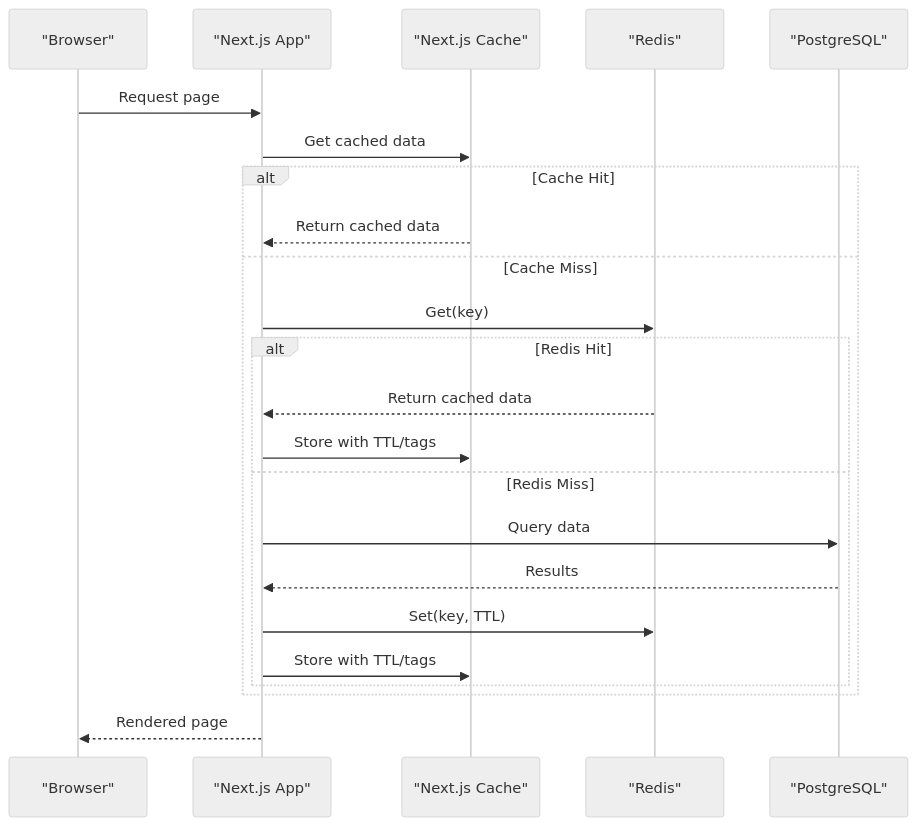
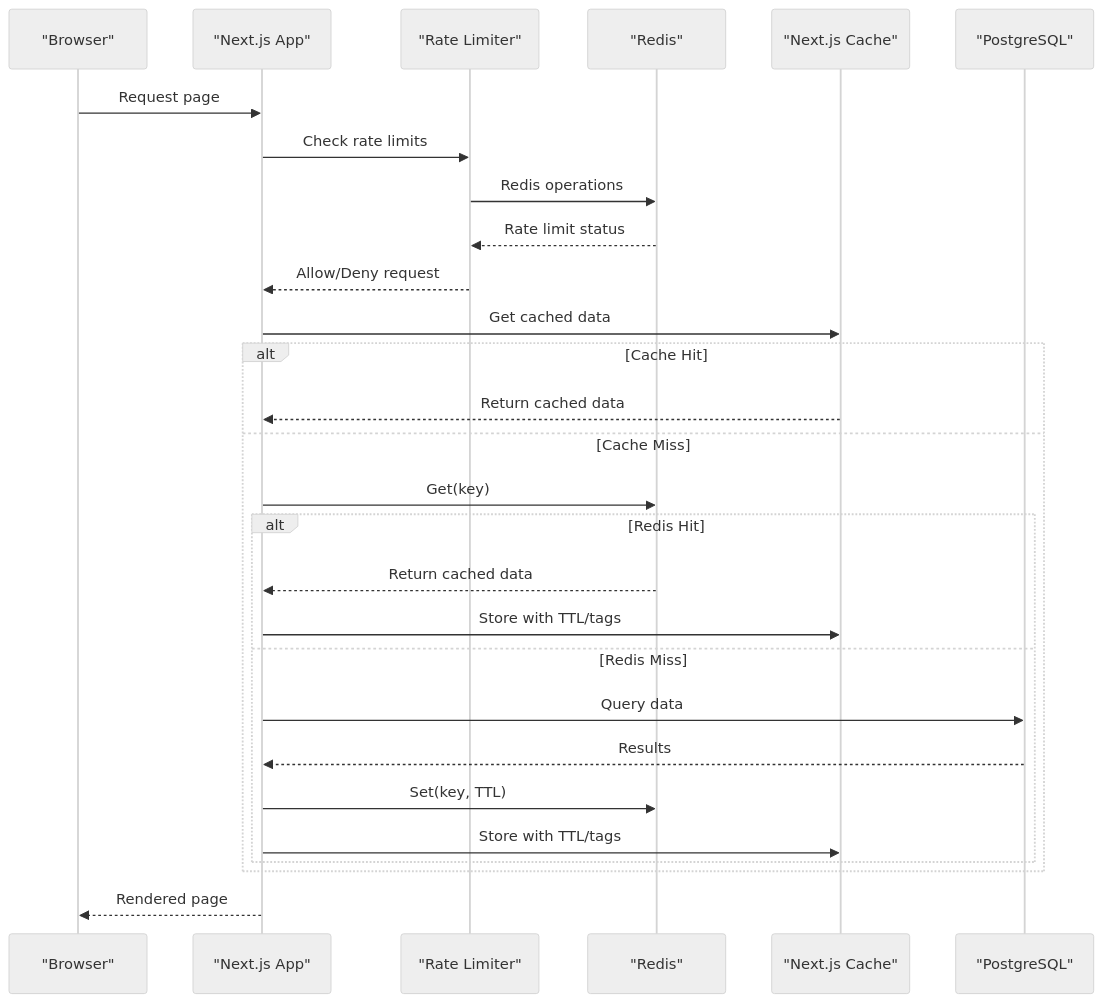
One commit to ecryptoguru/lyraalpha changed the second of 6 diagrams in .qoder/repowiki/en/content/Data Management/Data Management.md. Above: the diagram before and after it, drawn with Mermaid (neutral theme). The commit also changed other lines of this file and 95 other files, not shown here.

````diff
--- a/.qoder/repowiki/en/content/Data Management/Data Management.md
+++ b/.qoder/repowiki/en/content/Data Management/Data Management.md
@@ -96,25 +130,30 @@
 ```mermaid
 sequenceDiagram
 participant Client as "Browser"
 participant App as "Next.js App"
+participant RateLimit as "Rate Limiter"
+participant Redis as "Redis"
 participant NextCache as "Next.js Cache"
-participant Redis as "Redis"
 participant DB as "PostgreSQL"
 Client->>App : Request page
+App->>RateLimit : Check rate limits
+RateLimit->>Redis : Redis operations
+Redis-->>RateLimit : Rate limit status
+RateLimit-->>App : Allow/Deny request
 App->>NextCache : Get cached data
 alt Cache Hit
 NextCache-->>App : Return cached data
 else Cache Miss
 App->>Redis : Get(key)
 alt Redis Hit
 Redis-->>App : Return cached data
 App->>NextCache : Store with TTL/tags
 else Redis Miss
 App->>DB : Query data
 DB-->>App : Results
 App->>Redis : Set(key, TTL)
 App->>NextCache : Store with TTL/tags
 end
 end
 App-->>Client : Rendered page
 ```
````
